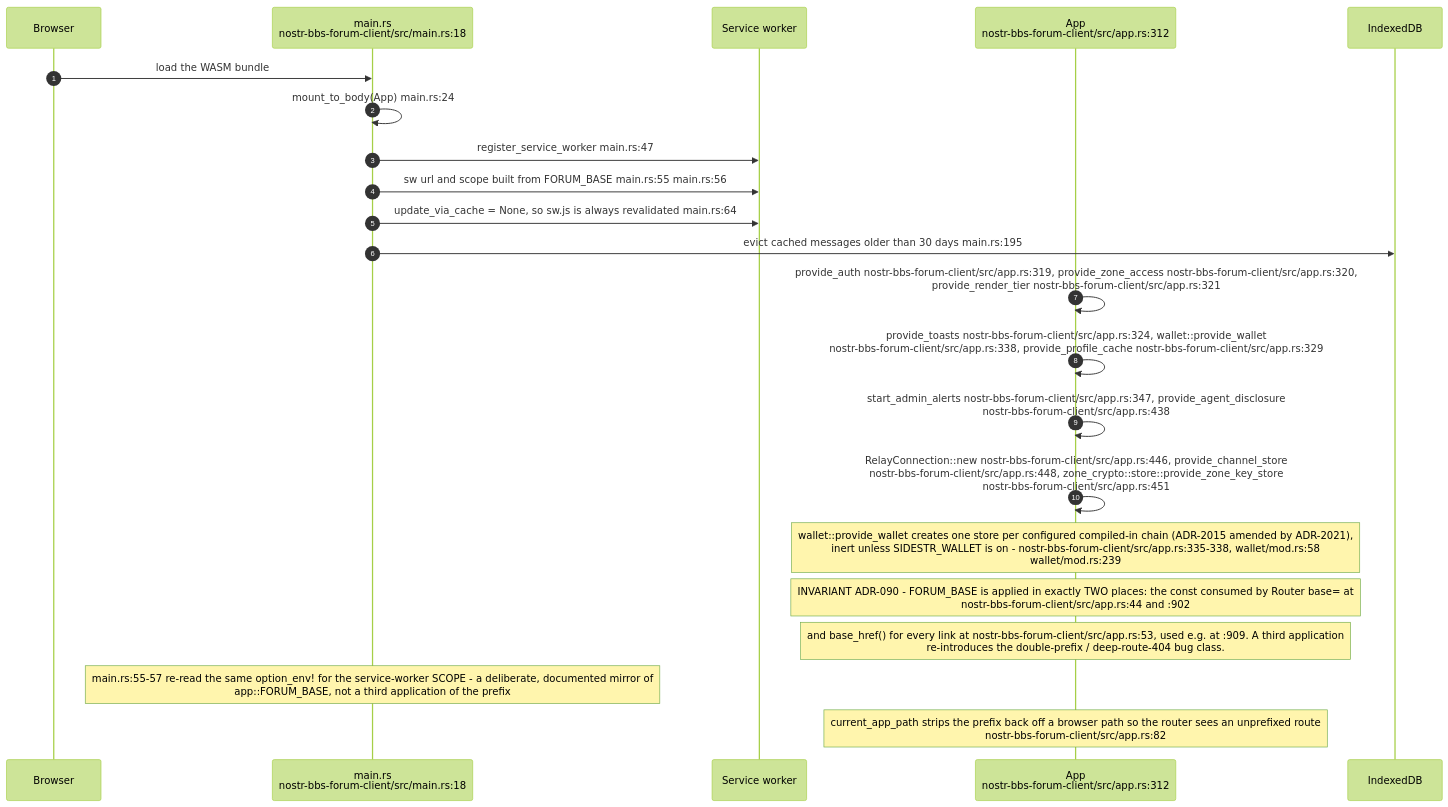
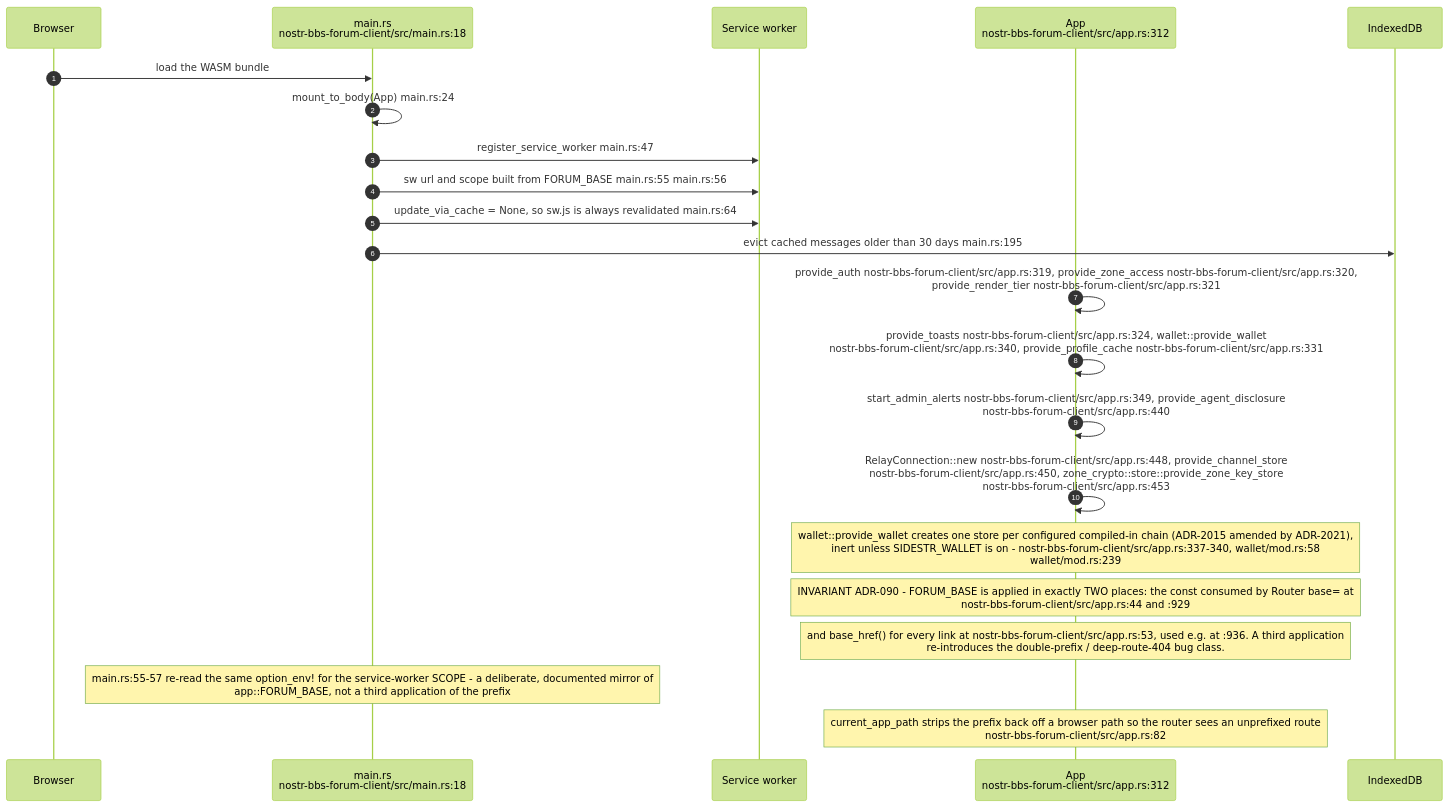
The first of 20 diagrams in docs/diagrams/nostr-rust-forum/05-leptos-clients-onboarding-messaging-governance.md (DreamLab-AI/VisionFlow), drawn with Mermaid (forest theme) before and after one commit. The commit also changed other lines of this file, not shown here.

First line of the commit message:
docs(diagrams): re-verify NF-05 at nostr-rust-forum af4f0d5

````diff
--- a/docs/diagrams/nostr-rust-forum/05-leptos-clients-onboarding-messaging-governance.md
+++ b/docs/diagrams/nostr-rust-forum/05-leptos-clients-onboarding-messaging-governance.md
@@ -75,26 +80,26 @@
 ```mermaid
 sequenceDiagram
     autonumber
     participant B as Browser
     participant M as main.rs<br/>nostr-bbs-forum-client/src/main.rs:18
     participant SW as Service worker
     participant A as App<br/>nostr-bbs-forum-client/src/app.rs:312
     participant DB as IndexedDB
 
     B->>M: load the WASM bundle
     M->>M: mount_to_body(App) main.rs:24
     M->>SW: register_service_worker main.rs:47
     M->>SW: sw url and scope built from FORUM_BASE main.rs:55 main.rs:56
     M->>SW: update_via_cache = None, so sw.js is always revalidated main.rs:64
     M->>DB: evict cached messages older than 30 days main.rs:195
     A->>A: provide_auth nostr-bbs-forum-client/src/app.rs:319, provide_zone_access nostr-bbs-forum-client/src/app.rs:320,<br/>provide_render_tier nostr-bbs-forum-client/src/app.rs:321
-    A->>A: provide_toasts nostr-bbs-forum-client/src/app.rs:324, wallet::provide_wallet<br/>nostr-bbs-forum-client/src/app.rs:338, provide_profile_cache nostr-bbs-forum-client/src/app.rs:329
-    A->>A: start_admin_alerts nostr-bbs-forum-client/src/app.rs:347, provide_agent_disclosure<br/>nostr-bbs-forum-client/src/app.rs:438
-    A->>A: RelayConnection::new nostr-bbs-forum-client/src/app.rs:446, provide_channel_store<br/>nostr-bbs-forum-client/src/app.rs:448, zone_crypto::store::provide_zone_key_store<br/>nostr-bbs-forum-client/src/app.rs:451
+    A->>A: provide_toasts nostr-bbs-forum-client/src/app.rs:324, wallet::provide_wallet<br/>nostr-bbs-forum-client/src/app.rs:340, provide_profile_cache nostr-bbs-forum-client/src/app.rs:331
+    A->>A: start_admin_alerts nostr-bbs-forum-client/src/app.rs:349, provide_agent_disclosure<br/>nostr-bbs-forum-client/src/app.rs:440
+    A->>A: RelayConnection::new nostr-bbs-forum-client/src/app.rs:448, provide_channel_store<br/>nostr-bbs-forum-client/src/app.rs:450, zone_crypto::store::provide_zone_key_store<br/>nostr-bbs-forum-client/src/app.rs:453
 
-    Note over A: wallet::provide_wallet creates one store per configured compiled-in chain (ADR-2015 amended by ADR-2021),<br/>inert unless SIDESTR_WALLET is on - nostr-bbs-forum-client/src/app.rs:335-338, wallet/mod.rs:58<br/>wallet/mod.rs:239
-    Note over A: INVARIANT ADR-090 - FORUM_BASE is applied in exactly TWO places: the const consumed by Router base= at<br/>nostr-bbs-forum-client/src/app.rs:44 and :902
-    Note over A: and base_href() for every link at nostr-bbs-forum-client/src/app.rs:53, used e.g. at :909. A third application<br/>re-introduces the double-prefix / deep-route-404 bug class.
+    Note over A: wallet::provide_wallet creates one store per configured compiled-in chain (ADR-2015 amended by ADR-2021),<br/>inert unless SIDESTR_WALLET is on - nostr-bbs-forum-client/src/app.rs:337-340, wallet/mod.rs:58<br/>wallet/mod.rs:239
+    Note over A: INVARIANT ADR-090 - FORUM_BASE is applied in exactly TWO places: the const consumed by Router base= at<br/>nostr-bbs-forum-client/src/app.rs:44 and :929
+    Note over A: and base_href() for every link at nostr-bbs-forum-client/src/app.rs:53, used e.g. at :936. A third application<br/>re-introduces the double-prefix / deep-route-404 bug class.
     Note over M: main.rs:55-57 re-read the same option_env! for the service-worker SCOPE - a deliberate, documented mirror of<br/>app::FORUM_BASE, not a third application of the prefix
     Note over A: current_app_path strips the prefix back off a browser path so the router sees an unprefixed route<br/>nostr-bbs-forum-client/src/app.rs:82
 ```
````
